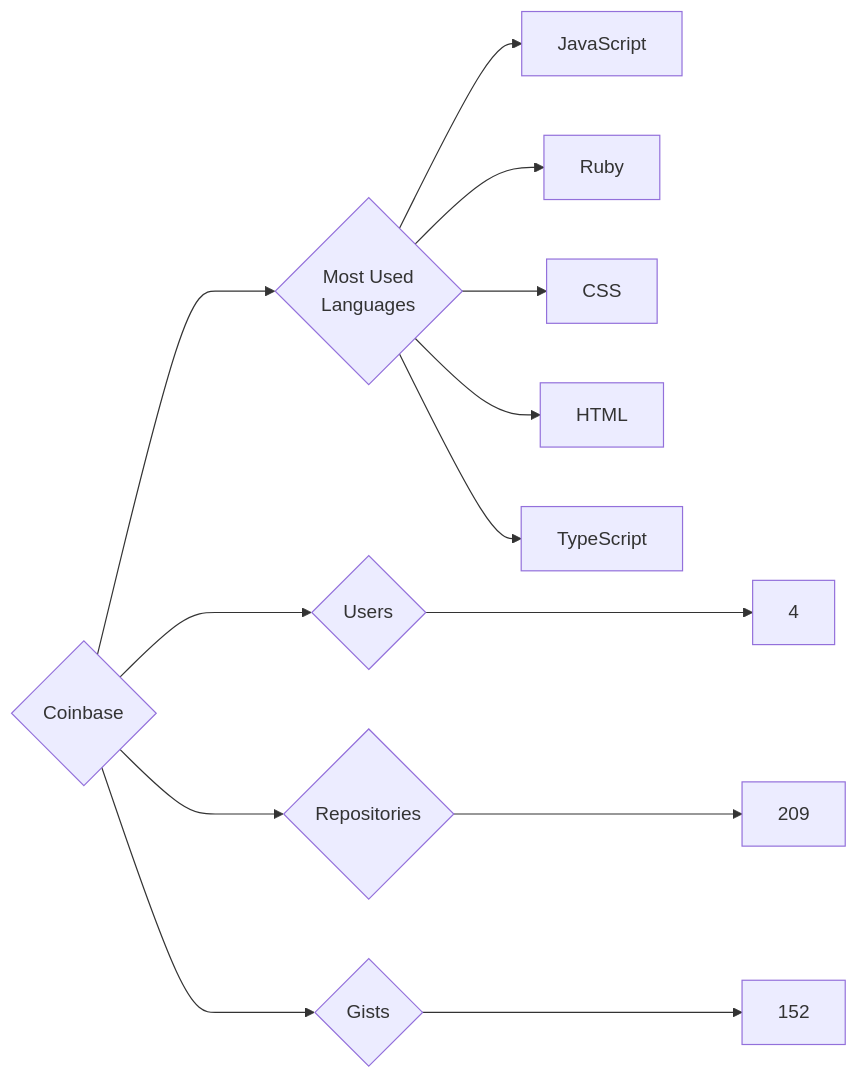
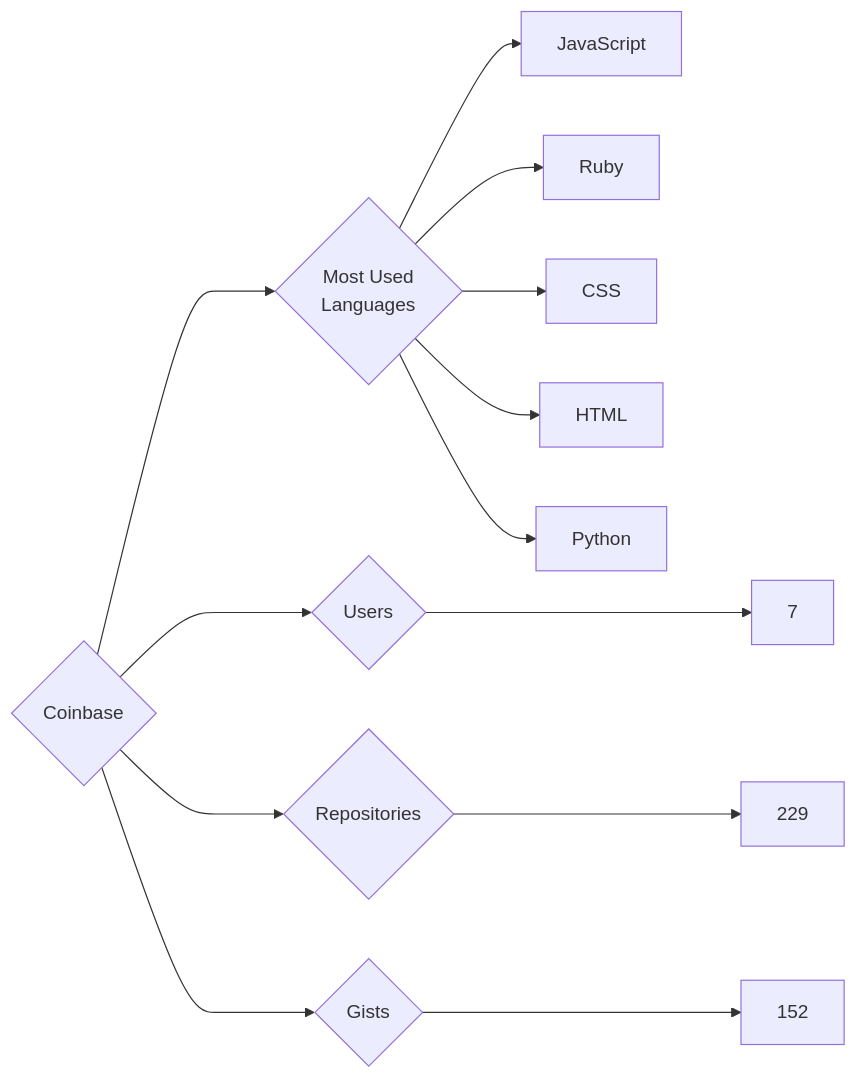
The diagram in targets/Coinbase/README.md (trickest/insiders), drawn with Mermaid before and after one commit. The commit also changed 916 other files, not shown here.

````diff
--- a/targets/Coinbase/README.md
+++ b/targets/Coinbase/README.md
@@ -3,13 +3,13 @@
 ```mermaid
 graph LR
 COMPANY_NAME{Coinbase}
-COMPANY_NAME ---> U{Users} ---> UN[4]
-COMPANY_NAME ---> R{Repositories} ---> RN[209]
+COMPANY_NAME ---> U{Users} ---> UN[7]
+COMPANY_NAME ---> R{Repositories} ---> RN[229]
 COMPANY_NAME ---> G{Gists} ---> GN[152]
 COMPANY_NAME ---> ML{Most Used<br>Languages}
 ML --> JavaScript[JavaScript]
 ML --> Ruby[Ruby]
 ML --> CSS[CSS]
 ML --> HTML[HTML]
-ML --> TypeScript[TypeScript]
+ML --> Python[Python]
 ```
````
